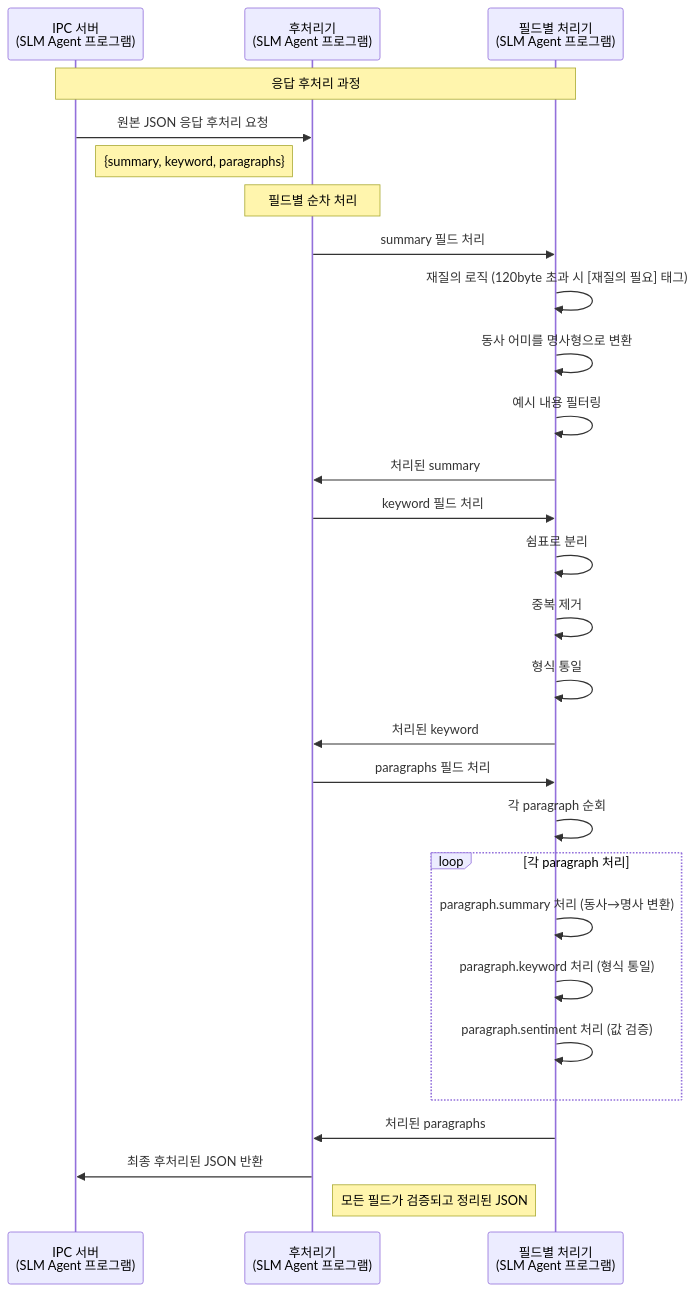
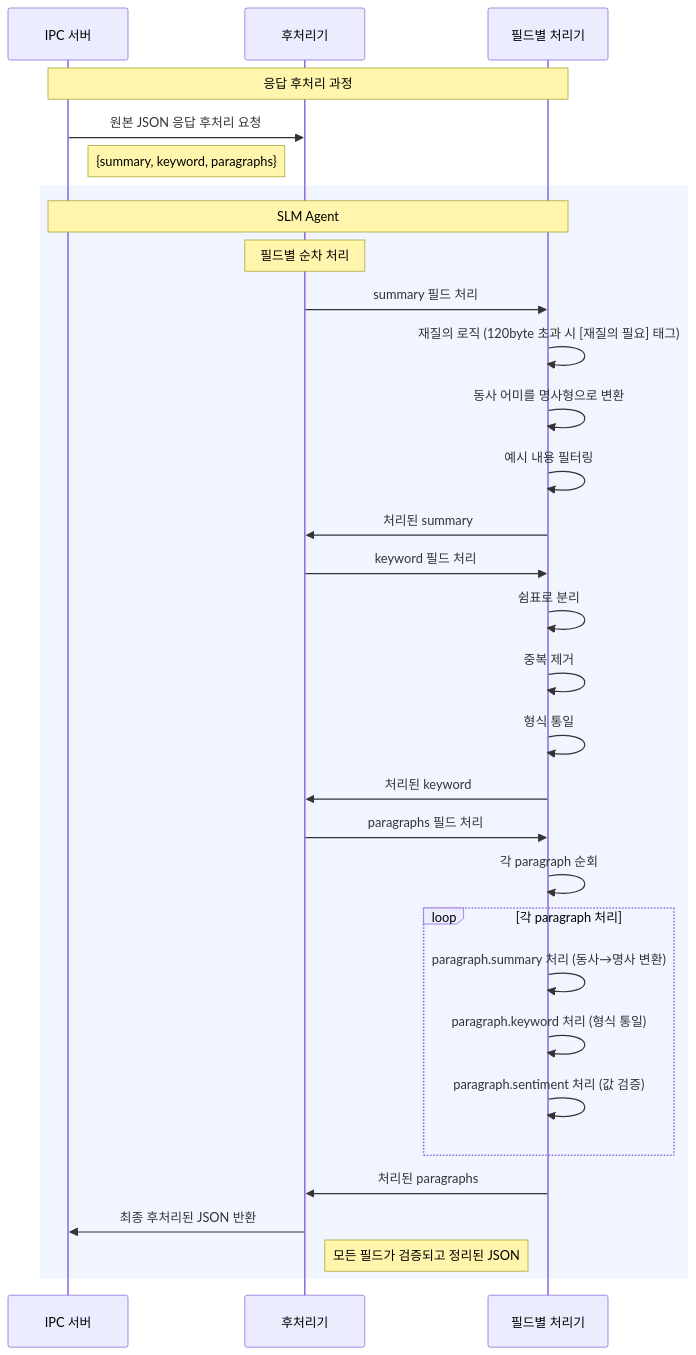
Before and after one commit to hak023/gemma-summarizer-poc: the fifth of 5 diagrams in sequence_diagram.md, drawn with Mermaid. The commit also changed other lines of this file and 2 other files, not shown here.

First line of the commit message:
올바른 SLM Agent 그룹핑 적용: participant 원래 이름 + rect 구문

````diff
--- a/sequence_diagram.md
+++ b/sequence_diagram.md
@@ -203,35 +215,38 @@
 ```mermaid
 sequenceDiagram
-    participant IPC as IPC 서버<br/>(SLM Agent 프로그램)
-    participant Postprocessor as 후처리기<br/>(SLM Agent 프로그램)
-    participant Fields as 필드별 처리기<br/>(SLM Agent 프로그램)
+    participant IPC as IPC 서버
+    participant Postprocessor as 후처리기
+    participant Fields as 필드별 처리기
 
     Note over IPC,Fields: 응답 후처리 과정
     IPC->>Postprocessor: 원본 JSON 응답 후처리 요청
     Note right of IPC: {summary, keyword, paragraphs}
 
-    Note over Postprocessor: 필드별 순차 처리
-    Postprocessor->>Fields: summary 필드 처리
-    Fields->>Fields: 재질의 로직 (120byte 초과 시 [재질의 필요] 태그)
-    Fields->>Fields: 동사 어미를 명사형으로 변환
-    Fields->>Fields: 예시 내용 필터링
-    Fields->>Postprocessor: 처리된 summary
+    rect rgb(240, 245, 255)
+        Note over IPC,Fields: SLM Agent
+        Note over Postprocessor: 필드별 순차 처리
+        Postprocessor->>Fields: summary 필드 처리
+        Fields->>Fields: 재질의 로직 (120byte 초과 시 [재질의 필요] 태그)
+        Fields->>Fields: 동사 어미를 명사형으로 변환
+        Fields->>Fields: 예시 내용 필터링
+        Fields->>Postprocessor: 처리된 summary
 
-    Postprocessor->>Fields: keyword 필드 처리
-    Fields->>Fields: 쉼표로 분리
-    Fields->>Fields: 중복 제거
-    Fields->>Fields: 형식 통일
-    Fields->>Postprocessor: 처리된 keyword
+        Postprocessor->>Fields: keyword 필드 처리
+        Fields->>Fields: 쉼표로 분리
+        Fields->>Fields: 중복 제거
+        Fields->>Fields: 형식 통일
+        Fields->>Postprocessor: 처리된 keyword
 
-    Postprocessor->>Fields: paragraphs 필드 처리
-    Fields->>Fields: 각 paragraph 순회
-    loop 각 paragraph 처리
-        Fields->>Fields: paragraph.summary 처리 (동사→명사 변환)
-        Fields->>Fields: paragraph.keyword 처리 (형식 통일)
-        Fields->>Fields: paragraph.sentiment 처리 (값 검증)
+        Postprocessor->>Fields: paragraphs 필드 처리
+        Fields->>Fields: 각 paragraph 순회
+        loop 각 paragraph 처리
+            Fields->>Fields: paragraph.summary 처리 (동사→명사 변환)
+            Fields->>Fields: paragraph.keyword 처리 (형식 통일)
+            Fields->>Fields: paragraph.sentiment 처리 (값 검증)
+        end
+        Fields->>Postprocessor: 처리된 paragraphs
+
+        Postprocessor->>IPC: 최종 후처리된 JSON 반환
+        Note right of Postprocessor: 모든 필드가 검증되고 정리된 JSON
     end
-    Fields->>Postprocessor: 처리된 paragraphs
-
-    Postprocessor->>IPC: 최종 후처리된 JSON 반환
-    Note right of Postprocessor: 모든 필드가 검증되고 정리된 JSON
 ```
````
